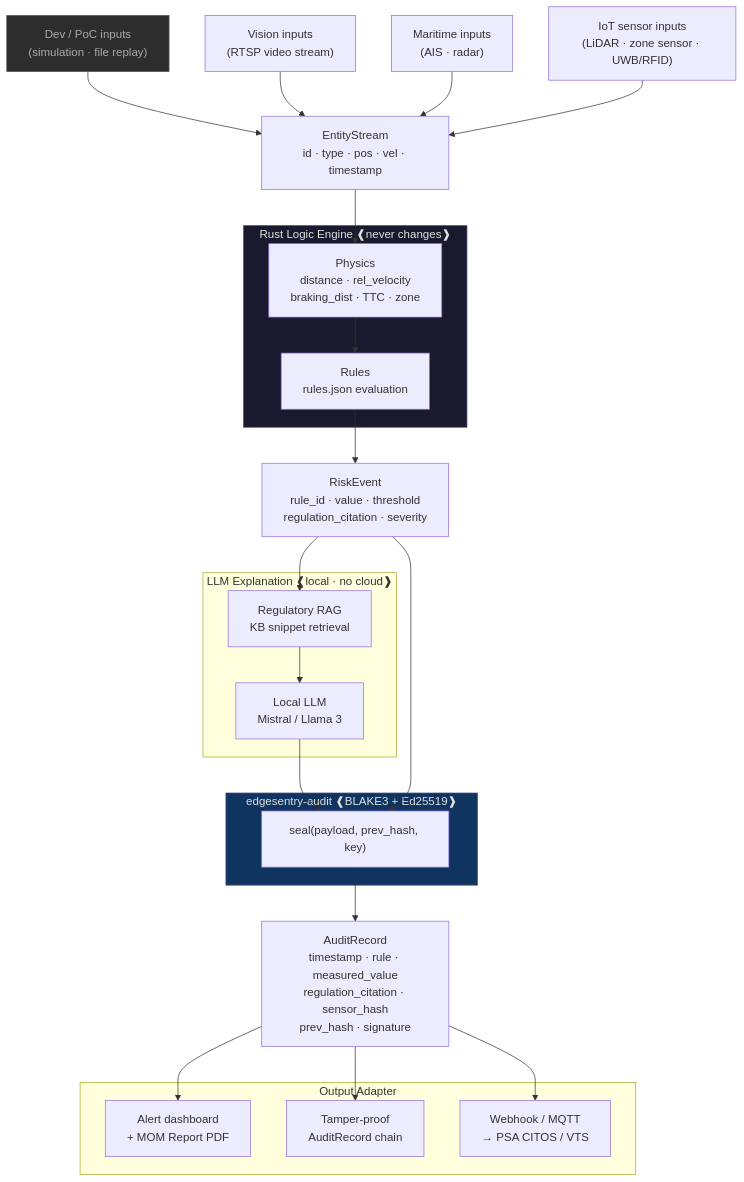
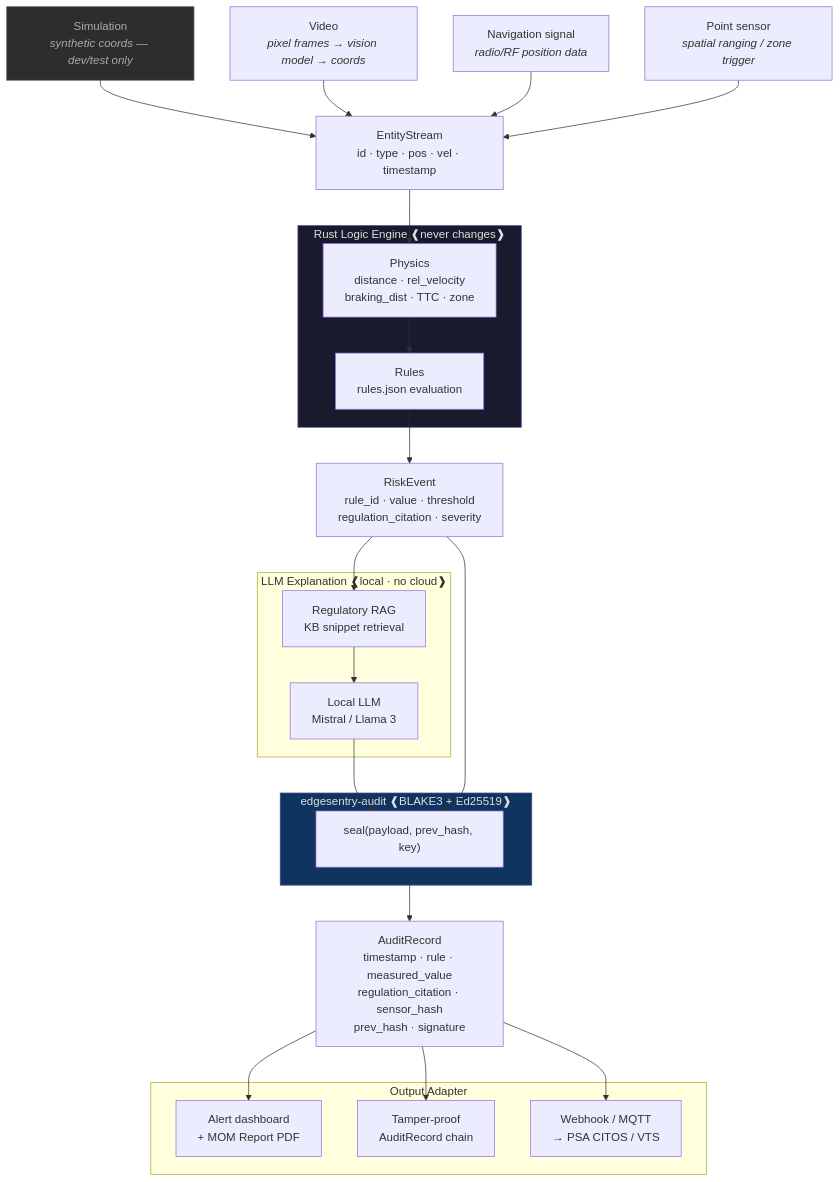
The diagram in docs/roadmap1-poc.md (edgesentry/clarus), drawn with Mermaid before and after one commit. The commit also changed other lines of this file, not shown here.

Commit message:
docs: reclassify inputs by data modality for MECE — Simulation / Video / Navigation signal / Point sensor

````diff
--- a/docs/roadmap1-poc.md
+++ b/docs/roadmap1-poc.md
@@ -11,53 +11,53 @@
 ```mermaid
 flowchart TD
-    DEV["Dev / PoC inputs<br/>(simulation · file replay)"]
-    VIS["Vision inputs<br/>(RTSP video stream)"]
-    MAR["Maritime inputs<br/>(AIS · radar)"]
-    IOT["IoT sensor inputs<br/>(LiDAR · zone sensor · UWB/RFID)"]
+    SIM["Simulation<br/><i>synthetic coords — dev/test only</i>"]
+    VID["Video<br/><i>pixel frames → vision model → coords</i>"]
+    NAV["Navigation signal<br/><i>radio/RF position data</i>"]
+    PTS["Point sensor<br/><i>spatial ranging / zone trigger</i>"]
 
     ES["EntityStream<br/>id · type · pos · vel · timestamp"]
 
     subgraph Engine["Rust Logic Engine  ❰never changes❱"]
         P["Physics<br/>distance · rel_velocity<br/>braking_dist · TTC · zone"]
         RU["Rules<br/>rules.json evaluation"]
     end
 
     RE["RiskEvent<br/>rule_id · value · threshold<br/>regulation_citation · severity"]
 
     subgraph Explanation["LLM Explanation  ❰local · no cloud❱"]
         RAG["Regulatory RAG<br/>KB snippet retrieval"]
         LLM["Local LLM<br/>Mistral / Llama 3"]
     end
 
     subgraph Audit["edgesentry-audit  ❰BLAKE3 + Ed25519❱"]
         SEAL["seal(payload, prev_hash, key)"]
     end
 
     AR["AuditRecord<br/>timestamp · rule · measured_value<br/>regulation_citation · sensor_hash<br/>prev_hash · signature"]
 
     subgraph Output["Output Adapter"]
         DASH["Alert dashboard<br/>+ MOM Report PDF"]
         CHAIN["Tamper-proof<br/>AuditRecord chain"]
         API["Webhook / MQTT<br/>→ PSA CITOS / VTS"]
     end
 
-    DEV --> ES
-    VIS --> ES
-    MAR --> ES
-    IOT --> ES
+    SIM --> ES
+    VID --> ES
+    NAV --> ES
+    PTS --> ES
     ES --> P
     P --> RU
     RU --> RE
     RE --> RAG
     RAG --> LLM
     LLM --> SEAL
     RE --> SEAL
     SEAL --> AR
     AR --> DASH
     AR --> CHAIN
     AR --> API
 
     style Engine fill:#1a1a2e,color:#e0e0e0,stroke:#4a4a8a
     style Audit fill:#0f3460,color:#e0e0e0,stroke:#4a4a8a
-    style DEV fill:#2d2d2d,color:#aaaaaa,stroke:#555555
+    style SIM fill:#2d2d2d,color:#aaaaaa,stroke:#555555
 ```
````
